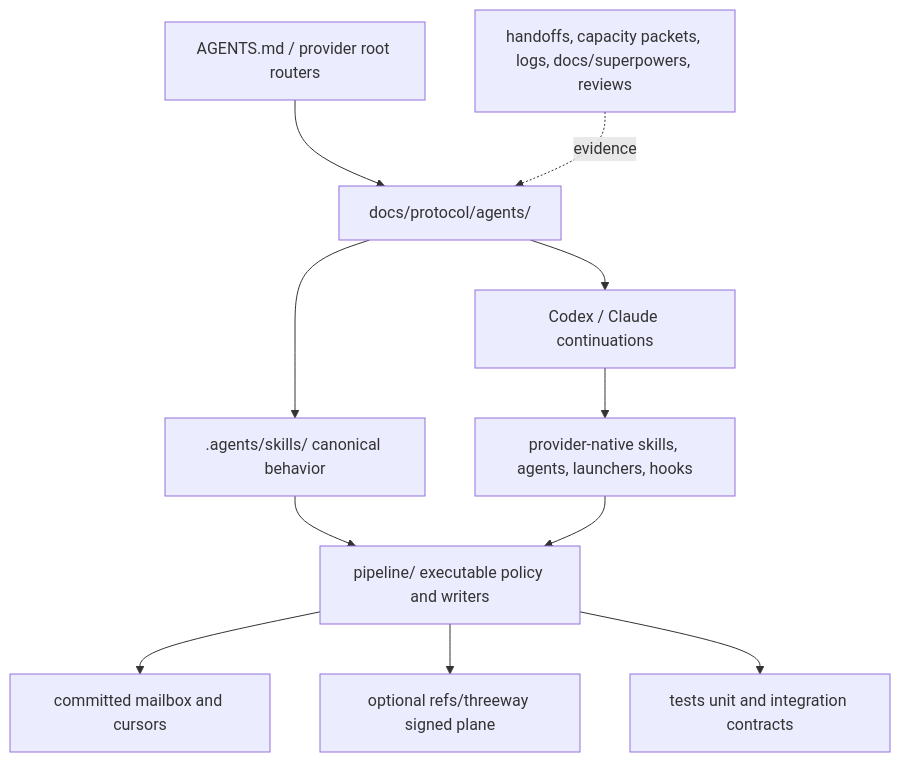
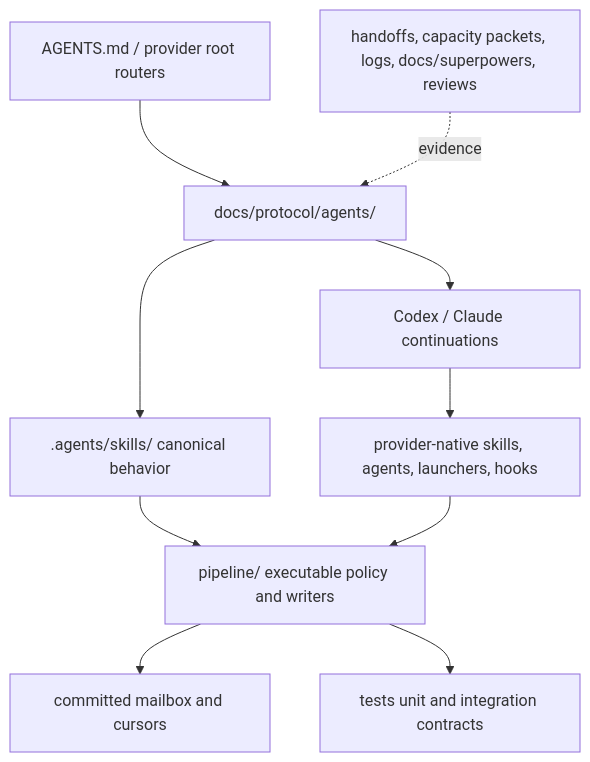
Before and after one commit to hkk009008-svg/governance-os: the diagram in docs/protocol/protocol-assembly-map.md, drawn with Mermaid. The commit also changed other lines of this file and 25 other files, not shown here.

````diff
--- a/docs/protocol/protocol-assembly-map.md
+++ b/docs/protocol/protocol-assembly-map.md
@@ -6,13 +6,12 @@
 ```mermaid
 flowchart TD
   Root["AGENTS.md / provider root routers"] --> Policy["docs/protocol/agents/"]
   Policy --> Adapters["Codex / Claude continuations"]
   Policy --> Skills[".agents/skills/ canonical behavior"]
   Adapters --> Native["provider-native skills, agents, launchers, hooks"]
   Skills --> Kernel["pipeline/ executable policy and writers"]
   Native --> Kernel
   Kernel --> Mailbox["committed mailbox and cursors"]
-  Kernel --> Bus["optional refs/threeway signed plane"]
   Kernel --> Tests["tests unit and integration contracts"]
   History["handoffs, capacity packets, logs, docs/superpowers, reviews"] -. evidence .-> Policy
 ```
````
